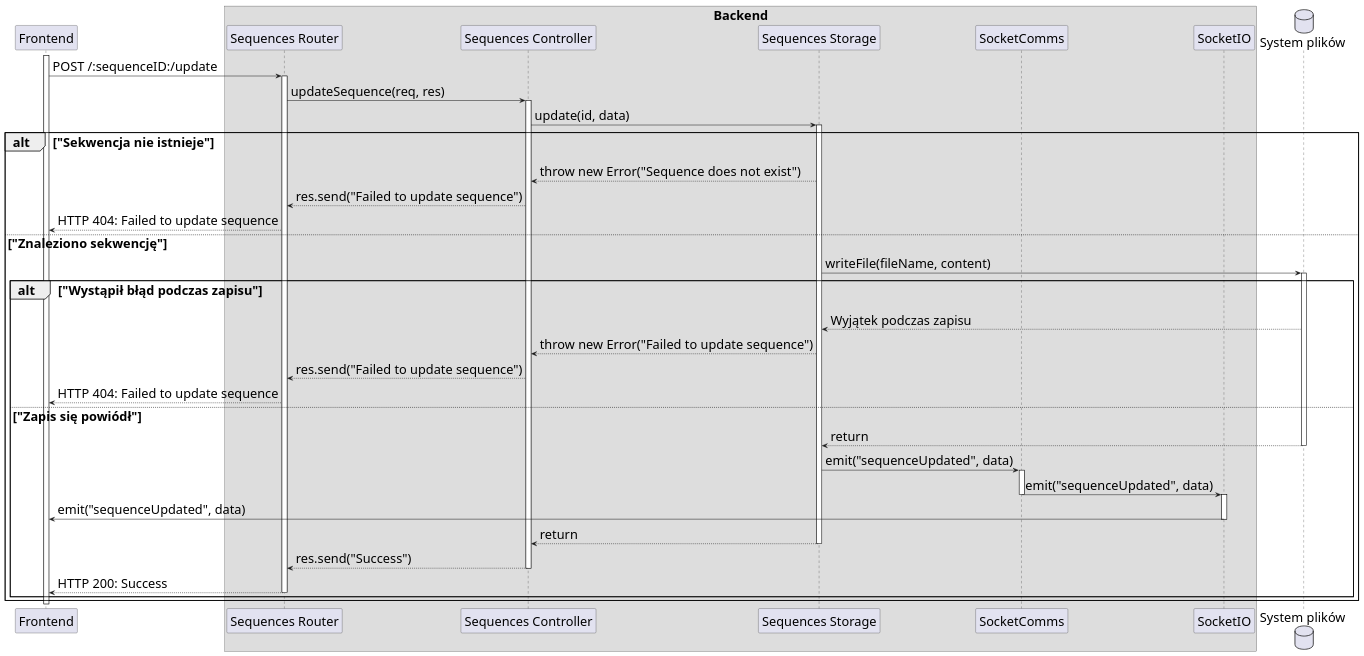
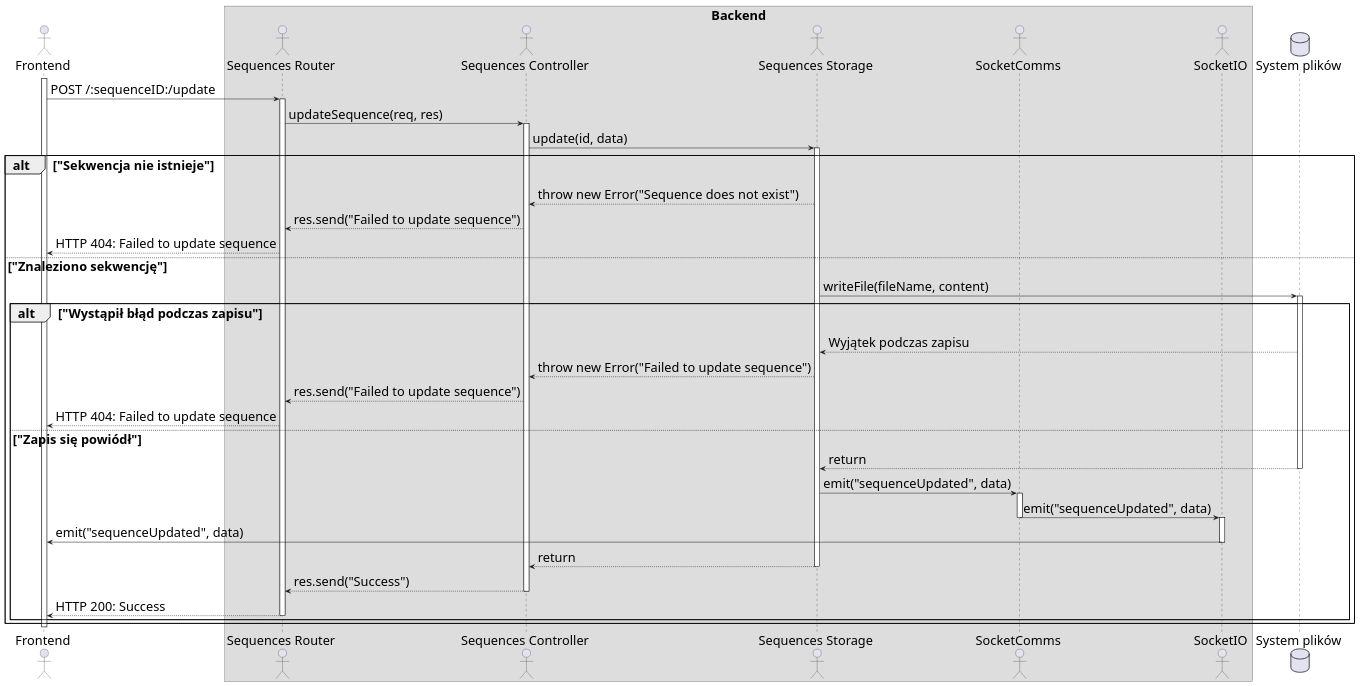
One commit to pjaspinski/sequences changed the diagram in uml-diagrams/update-sequence-be-diagram.puml. Above: the diagram before and after it, drawn with PlantUML. The commit also changed 4 other files, not shown here.

Commit message:
Sequence diagrams update

```diff
--- a/uml-diagrams/update-sequence-be-diagram.puml
+++ b/uml-diagrams/update-sequence-be-diagram.puml
@@ -1,65 +1,65 @@
 @startuml
 skinparam DefaultFontSize 25
 
-participant Frontend
+actor Frontend
 
 box "Backend"
-participant "Sequences Router" as Router
-participant "Sequences Controller" as Controller
-participant "Sequences Storage" as Storage
-participant SocketComms
-participant SocketIO
+actor "Sequences Router" as Router
+actor "Sequences Controller" as Controller
+actor "Sequences Storage" as Storage
+actor SocketComms
+actor SocketIO
 end box
 
 database "System plików" as fs
 
 activate Frontend
 Frontend -> Router: POST /:sequenceID:/update
 activate Router
 Router -> Controller: updateSequence(req, res)
 activate Controller
 Controller -> Storage: update(id, data)
 activate Storage
 
 alt "Sekwencja nie istnieje"
     Storage --> Controller: throw new Error("Sequence does not exist")
     Controller --> Router: res.send("Failed to update sequence")
     Router --> Frontend: HTTP 404: Failed to update sequence
 
     else "Znaleziono sekwencję"
     Storage -> fs: writeFile(fileName, content)
     activate fs
 
         alt "Wystąpił błąd podczas zapisu"
         fs --> Storage: Wyjątek podczas zapisu
         Storage --> Controller: throw new Error("Failed to update sequence")
         Controller --> Router: res.send("Failed to update sequence")
         Router --> Frontend: HTTP 404: Failed to update sequence
 
         else "Zapis się powiódł"
 
         fs --> Storage: return
         deactivate fs
 
         Storage -> SocketComms: emit("sequenceUpdated", data)
         activate SocketComms
         SocketComms -> SocketIO: emit("sequenceUpdated", data)
         deactivate SocketComms
         activate SocketIO
         SocketIO -> Frontend: emit("sequenceUpdated", data)
         deactivate SocketIO
 
         Storage --> Controller: return
         deactivate Storage
         Controller --> Router: res.send("Success")
         deactivate Controller
         Router --> Frontend: HTTP 200: Success
         deactivate Router
 
         end
 
 end
 
 deactivate Frontend
 
 @enduml
```
